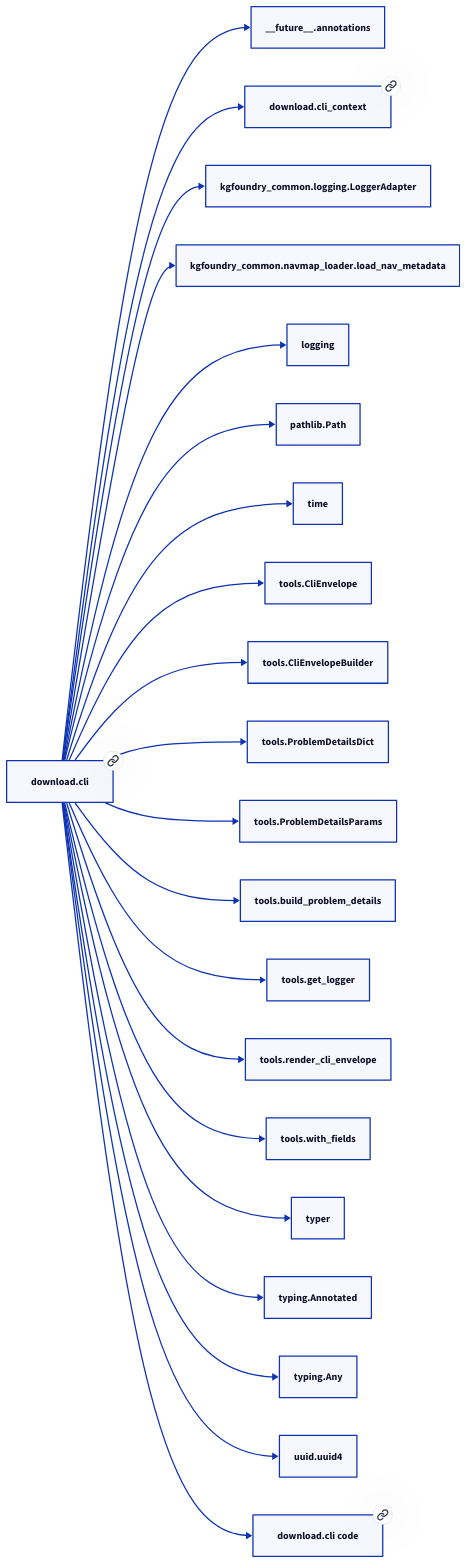
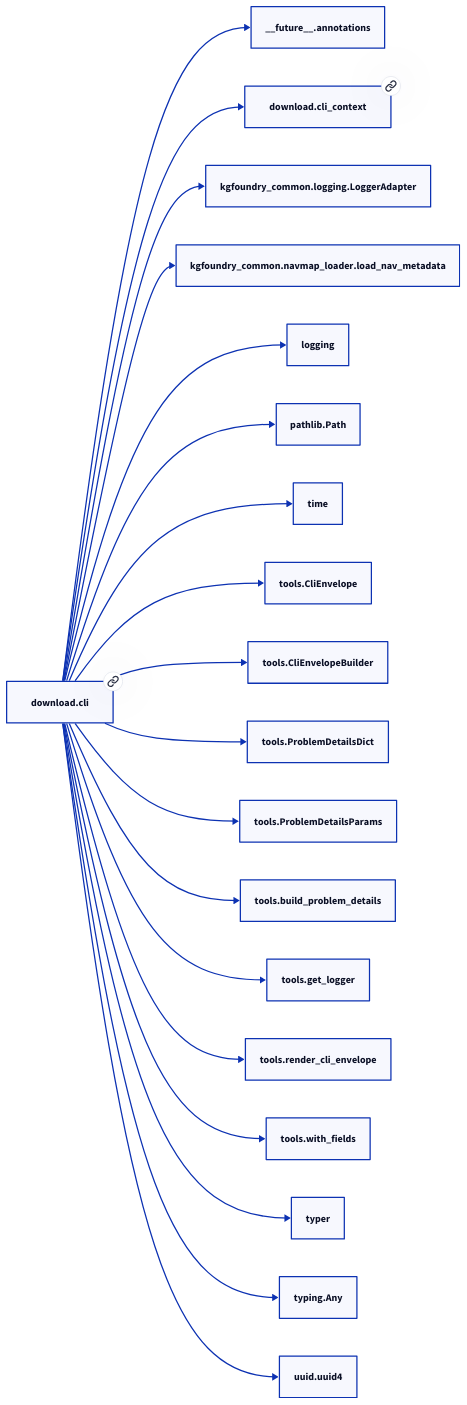
Before and after one commit to paul-heyse/kgforge: the diagram in docs/modules/download/cli.md, drawn with D2. The commit also changed other lines of this file and 118 other files, not shown here.

````diff
--- a/docs/modules/download/cli.md
+++ b/docs/modules/download/cli.md
@@ -51,44 +49,40 @@
 ```d2
 direction: right
-"download.cli": "download.cli" { link: "./download/cli.md" }
+"download.cli": "download.cli" { link: "cli.md" }
 "__future__.annotations": "__future__.annotations"
 "download.cli" -> "__future__.annotations"
-"download.cli_context": "download.cli_context" { link: "./download/cli_context.md" }
+"download.cli_context": "download.cli_context" { link: "cli_context.md" }
 "download.cli" -> "download.cli_context"
 "kgfoundry_common.logging.LoggerAdapter": "kgfoundry_common.logging.LoggerAdapter"
 "download.cli" -> "kgfoundry_common.logging.LoggerAdapter"
 "kgfoundry_common.navmap_loader.load_nav_metadata": "kgfoundry_common.navmap_loader.load_nav_metadata"
 "download.cli" -> "kgfoundry_common.navmap_loader.load_nav_metadata"
 "logging": "logging"
 "download.cli" -> "logging"
 "pathlib.Path": "pathlib.Path"
 "download.cli" -> "pathlib.Path"
 "time": "time"
 "download.cli" -> "time"
 "tools.CliEnvelope": "tools.CliEnvelope"
 "download.cli" -> "tools.CliEnvelope"
 "tools.CliEnvelopeBuilder": "tools.CliEnvelopeBuilder"
 "download.cli" -> "tools.CliEnvelopeBuilder"
 "tools.ProblemDetailsDict": "tools.ProblemDetailsDict"
 "download.cli" -> "tools.ProblemDetailsDict"
 "tools.ProblemDetailsParams": "tools.ProblemDetailsParams"
 "download.cli" -> "tools.ProblemDetailsParams"
 "tools.build_problem_details": "tools.build_problem_details"
 "download.cli" -> "tools.build_problem_details"
 "tools.get_logger": "tools.get_logger"
 "download.cli" -> "tools.get_logger"
 "tools.render_cli_envelope": "tools.render_cli_envelope"
 "download.cli" -> "tools.render_cli_envelope"
 "tools.with_fields": "tools.with_fields"
 "download.cli" -> "tools.with_fields"
 "typer": "typer"
 "download.cli" -> "typer"
-"typing.Annotated": "typing.Annotated"
-"download.cli" -> "typing.Annotated"
 "typing.Any": "typing.Any"
 "download.cli" -> "typing.Any"
 "uuid.uuid4": "uuid.uuid4"
 "download.cli" -> "uuid.uuid4"
-"download.cli_code": "download.cli code" { link: "https://github.com/kgfoundry/kgfoundry/blob/main/src/download/cli.py" }
-"download.cli" -> "download.cli_code" { style: dashed }
 ```
````
